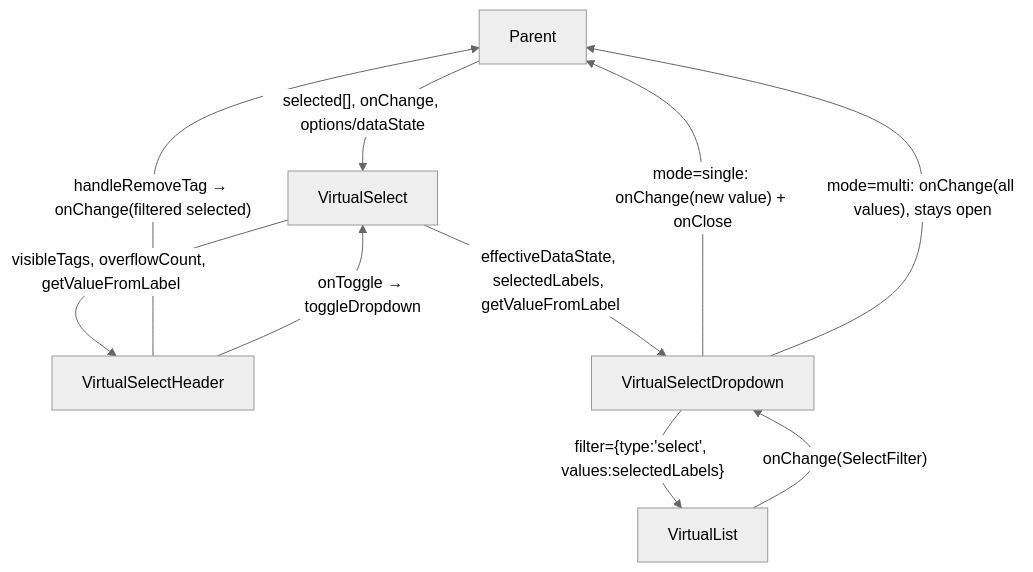
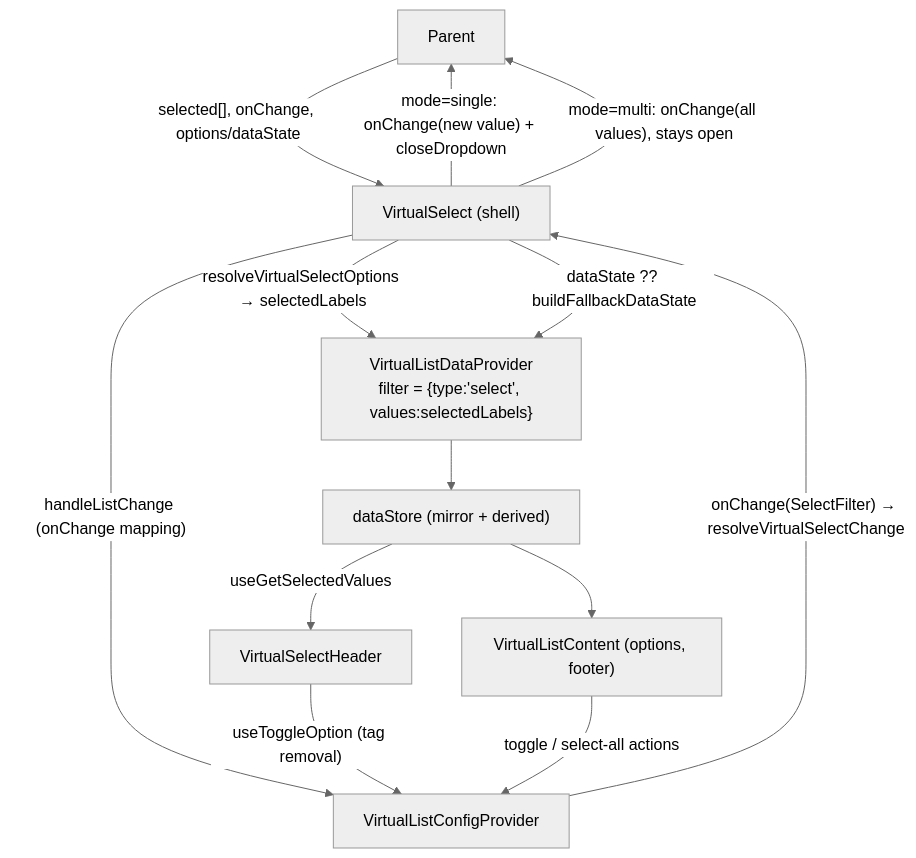
One commit to luciocabrera/lcabrera-stack changed the second of 3 diagrams in packages/ui/src/components/VirtualSelect/ARCHITECTURE.md. Above: the diagram before and after it, drawn with Mermaid (neutral theme). The commit also changed other lines of this file and 30 other files, not shown here.

First line of the commit message:
refactor(VirtualSelect): decouple dropdown and header from selection logic

````diff
--- a/packages/ui/src/components/VirtualSelect/ARCHITECTURE.md
+++ b/packages/ui/src/components/VirtualSelect/ARCHITECTURE.md
@@ -76,15 +67,18 @@
 ```mermaid
 graph TD
-  Parent -->|"selected[], onChange, options/dataState"| VS["VirtualSelect"]
+  Parent -->|"selected[], onChange, options/dataState"| VS["VirtualSelect (shell)"]
 
-  VS -->|"visibleTags, overflowCount, getValueFromLabel"| VSH["VirtualSelectHeader"]
-  VSH -->|"handleRemoveTag → onChange(filtered selected)"| Parent
-  VSH -->|"onToggle → toggleDropdown"| VS
+  VS -->|"resolveVirtualSelectOptions → selectedLabels"| DATA["VirtualListDataProvider<br/>filter = {type:'select', values:selectedLabels}"]
+  VS -->|"dataState ?? buildFallbackDataState"| DATA
+  VS -->|"handleListChange (onChange mapping)"| CFG["VirtualListConfigProvider"]
 
-  VS -->|"effectiveDataState, selectedLabels, getValueFromLabel"| VSD["VirtualSelectDropdown"]
-  VSD -->|"filter={type:'select', values:selectedLabels}"| VL["VirtualList"]
-  VL -->|"onChange(SelectFilter)"| VSD
+  DATA --> DS["dataStore (mirror + derived)"]
+  DS -->|"useGetSelectedValues"| VSH["VirtualSelectHeader"]
+  VSH -->|"useToggleOption (tag removal)"| CFG
+  DS --> VLC["VirtualListContent (options, footer)"]
+  VLC -->|"toggle / select-all actions"| CFG
 
-  VSD -->|"mode=single: onChange(new value) + onClose"| Parent
-  VSD -->|"mode=multi: onChange(all values), stays open"| Parent
+  CFG -->|"onChange(SelectFilter) → resolveVirtualSelectChange"| VS
+  VS -->|"mode=single: onChange(new value) + closeDropdown"| Parent
+  VS -->|"mode=multi: onChange(all values), stays open"| Parent
 ```
````
